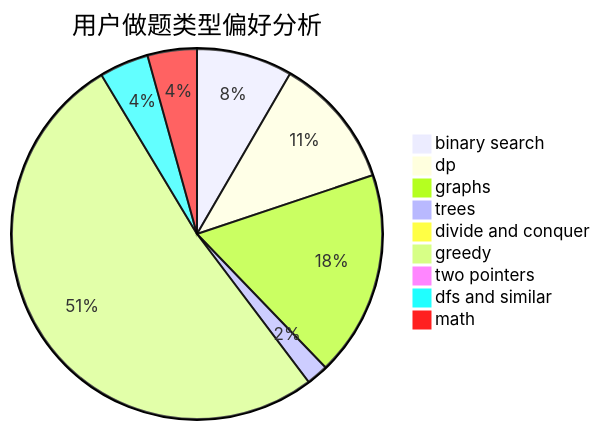
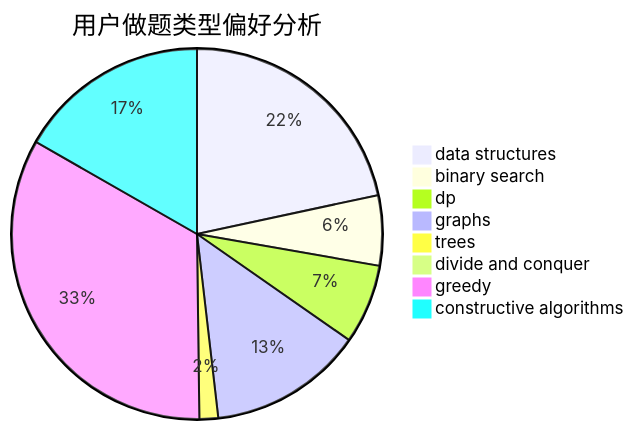
Before and after one commit to sherpahu/cfrs.github.io: the second of 3 diagrams in docs/user/u2436.md, drawn with Mermaid. The commit also changed other lines of this file and 2775 other files, not shown here.

````diff
--- a/docs/user/u2436.md
+++ b/docs/user/u2436.md
@@ -23,12 +23,11 @@
 ```mermaid
 pie title 用户做题类型偏好分析
-    "binary search" :  35
-    "dp" :  48
-    "graphs" :  75
-    "trees" :  8
-    "divide and conquer" :  4
-    "greedy" :  216
-    "two pointers" :  0
-    "dfs and similar" :  18
-    "math" :  18
+    "data structures" :  53
+    "binary search" :  15
+    "dp" :  17
+    "graphs" :  33
+    "trees" :  4
+    "divide and conquer" :  0
+    "greedy" :  82
+    "constructive algorithms" :  41
 ```
````
